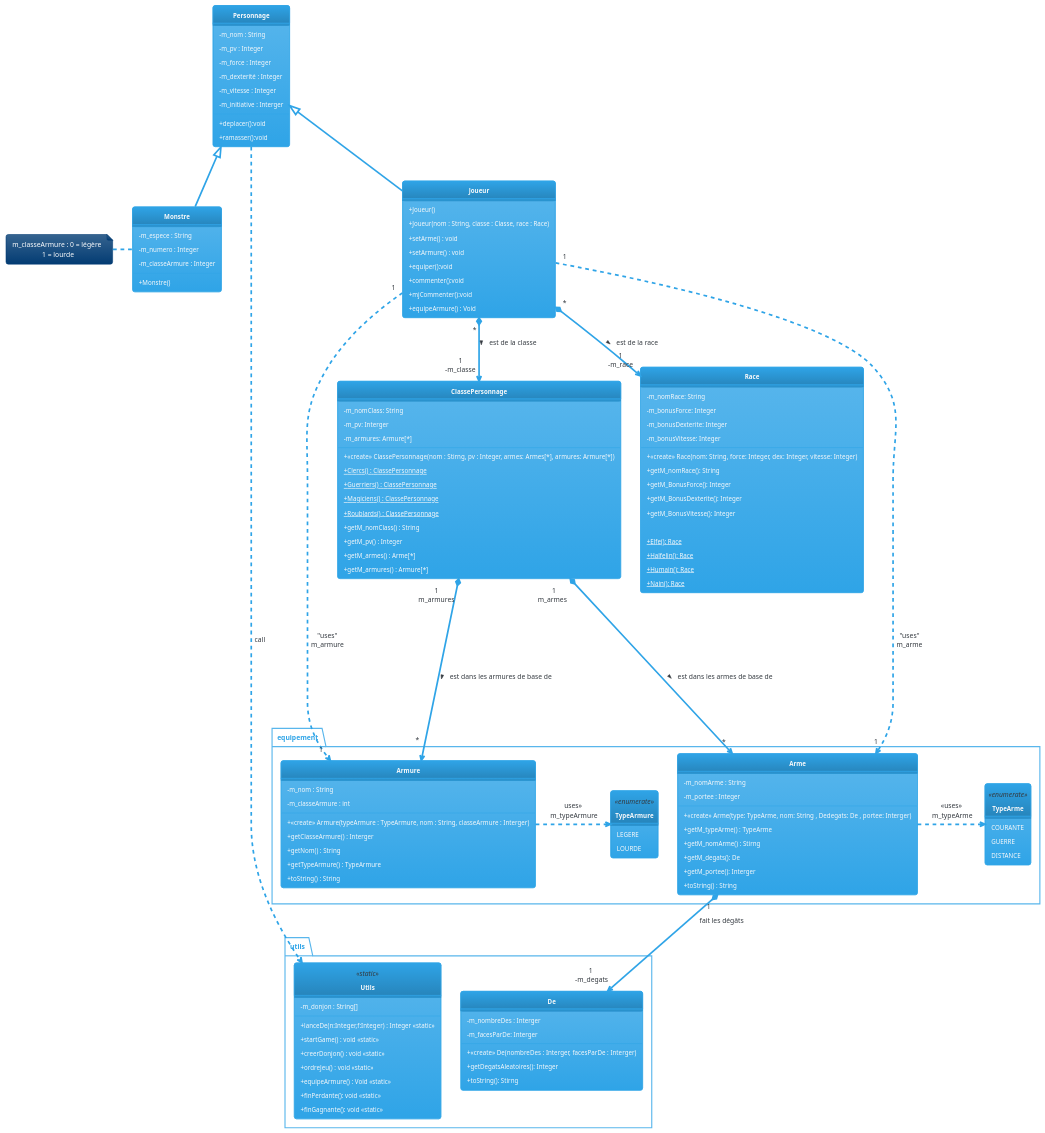
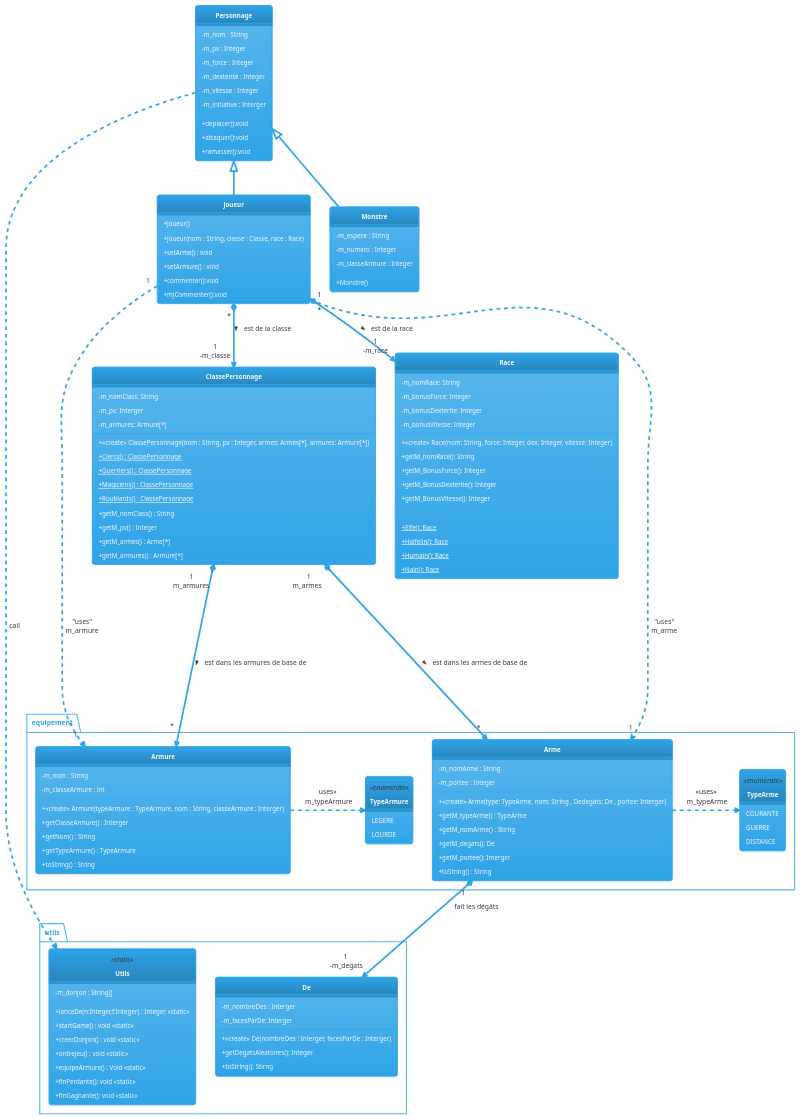
Before and after one commit to AbdullahPro2/DOOnjon-Dragon: the diagram in uml/semaine2.puml, drawn with PlantUML. The commit also changed 1 other file, not shown here.

```diff
--- a/uml/semaine2.puml
+++ b/uml/semaine2.puml
@@ -1,154 +1,148 @@
 @startuml
 'https://plantuml.com/use-case-diagram
 !theme cerulean
 skinparam style strictuml
 skinparam classFontStyle Bold
 skinparam classAttributeIconSize 0
 hide empty members
 
 package equipement
 {
 
 ' Class Arme
   class Arme{
     - m_nomArme : String
     - m_portee : Integer
     + <<create>> Arme(type: TypeArme, nom: String , Dedegats: De , portee: Interger)
     + getM_typeArme() : TypeArme
     + getM_nomArme() : Stirng
     + getM_degats(): De
     + getM_portee(): Interger
     + toString() : String
 }
   enum TypeArme <<enumerate>>
   {
   COURANTE
   GUERRE
   DISTANCE
   }
 ' Class Armure
 class Armure{
     - m_nom : String
     - m_classeArmure : int
     + <<create>> Armure(typeArmure : TypeArmure, nom : String, classeArmure : Interger)
     + getClasseArmure() : Interger
     + getNom() : String
     + getTypeArmure() : TypeArmure
     + toString() : String
 }
 
 enum TypeArmure <<enumerate>>
 {
   LEGERE
   LOURDE
 }
 }
 class Personnage{
     -m_nom : String
     -m_pv : Integer
     -m_force : Integer
     -m_dexterité : Integer
     -m_vitesse : Integer
     -m_initiative : Interger
     +deplacer():void
+    +attaquer():void
     +ramasser():void
 }
 
 class Joueur{
     +Joueur()
     +Joueur(nom : String, classe : Classe, race : Race)
     +setArme() : void
     +setArmure() : void
-    +equiper():void
     +commenter():void
     +mjCommenter():void
-    +equipeArmure() : Void
 }
 
 class Monstre {
     +Monstre()
     -m_espece : String
     -m_numero : Integer
     -m_classeArmure : Integer
 }
 
-note left of Monstre
-m_classeArmure : 0 = légère
-                 1 = lourde
-end note
+class ClassePersonnage {
+   - m_nomClass: String
+   - m_pv: Interger
+   - m_armures: Armure[*]
 
-  class ClassePersonnage {
-    - m_nomClass: String
-    - m_pv: Interger
-    - m_armures: Armure[*]
-
-    + <<create>> ClassePersonnage(nom : Stirng, pv : Integer, armes: Armes[*], armures: Armure[*])
-    + {static} Clercs() : ClassePersonnage
-    + {static} Guerriers() : ClassePersonnage
-    + {static} Magiciens() : ClassePersonnage
-    + {static} Roublards() : ClassePersonnage
-    + getM_nomClass() : String
-    + getM_pv() : Integer
-    + getM_armes() : Arme[*]
-    + getM_armures() : Armure[*]
+   + <<create>> ClassePersonnage(nom : Stirng, pv : Integer, armes: Armes[*], armures: Armure[*])
+   + {static} Clercs() : ClassePersonnage
+   + {static} Guerriers() : ClassePersonnage
+   + {static} Magiciens() : ClassePersonnage
+   + {static} Roublards() : ClassePersonnage
+   + getM_nomClass() : String
+   + getM_pv() : Integer
+   + getM_armes() : Arme[*]
+   + getM_armures() : Armure[*]
 }
 
 class Race {
   - m_nomRace: String
   - m_bonusForce: Integer
   - m_bonusDexterite: Integer
   - m_bonusVitesse: Integer
 
   + <<create>> Race(nom: String, force: Integer, dex: Integer, vitesse: Integer)
   + getM_nomRace(): String
   + getM_BonusForce(): Integer
   + getM_BonusDexterite(): Integer
   + getM_BonusVitesse(): Integer
 
   + {static} Elfe(): Race
   + {static} Halfelin(): Race
   + {static} Humain(): Race
   + {static} Nain(): Race
 }
 
 package utils
 {
   class Utils <<static>>{
     -m_donjon : String[]
     +lanceDe(n:Integer,f:Integer) : Integer <<static>>
     +startGame() : void <<static>>
     +creerDonjon() : void <<static>>
     +ordreJeu() : void <<static>>
     +equipeArmure() : Void <<static>>
     +finPerdante(): void <<static>>
     +finGagnante(): void <<static>>
   }
   class De
   {
     - m_nombreDes : Interger
     - m_facesParDe: Interger
     + <<create>> De(nombreDes : Interger, facesParDe : Interger)
     + getDegatsAleatoires(): Integer
     + toString(): Stirng
   }
 }
 
 Personnage <|-- Joueur
 Personnage <|-- Monstre
 Joueur "*" *--> "1\n-m_classe" ClassePersonnage :  est de la classe >
 ' Relation de Classe de Personnage
 ClassePersonnage "1\nm_armes  " *----> "*" Arme:est dans les armes de base de >
 ClassePersonnage "1\nm_armures" *----> "*\n" Armure : est dans les armures de base de >
 
 
 Personnage .> Utils : "«call»"
 Joueur "*" *--> "1\n-m_race" Race :  est de la race >
 Joueur "1" .> "1" Arme : "uses"\nm_arme
 Joueur "1" .> "1" Armure : "uses"\nm_armure
 
 ' Class Arme Relations
 Arme .> TypeArme : "«uses»\n m_typeArme"
 Arme "1" *--> "1\n -m_degats" De : fait les dégâts
 ' Class Armure Relations
 Armure .> TypeArmure : "«uses»\n m_typeArmure""
 @enduml
```
